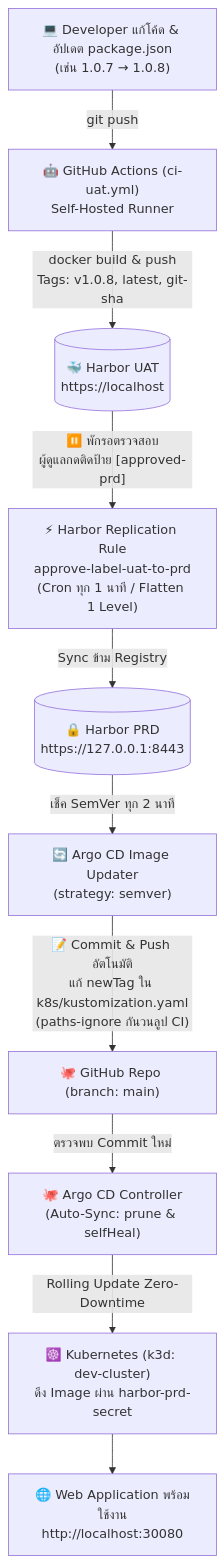
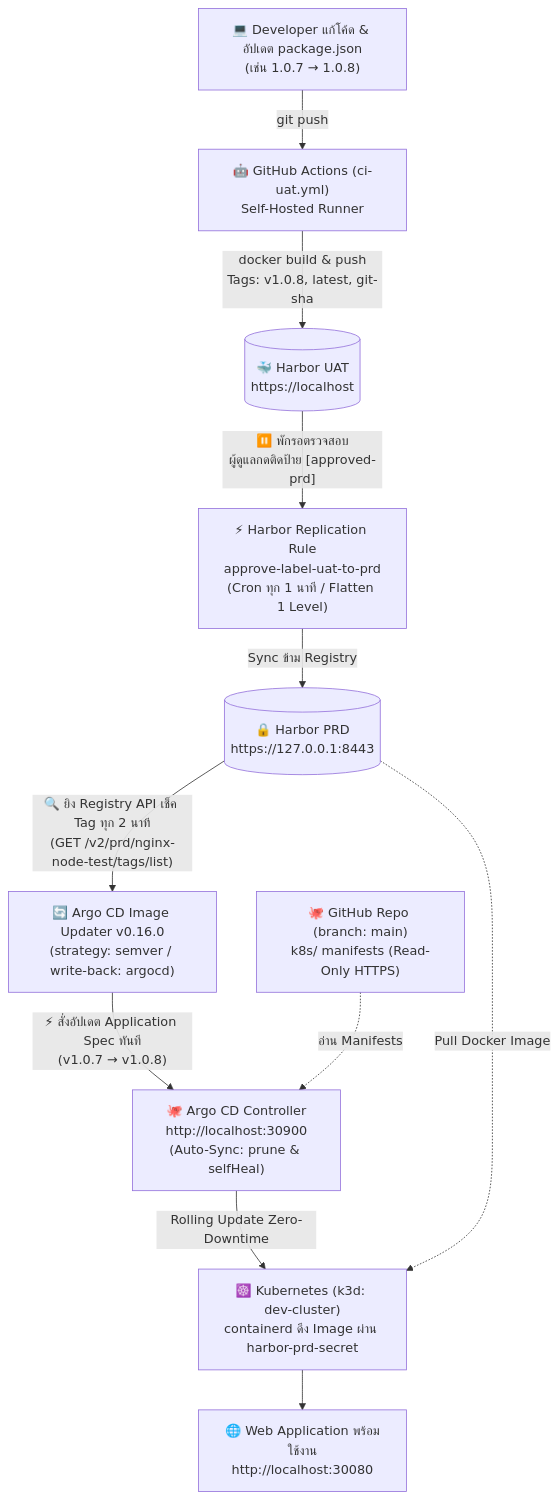
One commit to latthapholss/nginx-node-test changed the diagram in docs/ARGOCD_GITOPS_GUIDE.md. Above: the diagram before and after it, drawn with Mermaid. The commit also changed other lines of this file, not shown here.

Commit message:
docs: expand Argo CD GitOps guide with deep-dive mechanics, strategies, Rancher, and E2E test results [skip ci]

````diff
--- a/docs/ARGOCD_GITOPS_GUIDE.md
+++ b/docs/ARGOCD_GITOPS_GUIDE.md
@@ -9,12 +9,13 @@
 ```mermaid
 flowchart TD
     A["💻 Developer แก้โค้ด & อัปเดต package.json<br/>(เช่น 1.0.7 → 1.0.8)"] -->|git push| B["🤖 GitHub Actions (ci-uat.yml)<br/>Self-Hosted Runner"]
     B -->|docker build & push<br/>Tags: v1.0.8, latest, git-sha| C[("🐳 Harbor UAT<br/>https://localhost")]
     C -->|"⏸️ พักรอตรวจสอบ<br/>ผู้ดูแลกดติดป้าย [approved-prd]"| D["⚡ Harbor Replication Rule<br/>approve-label-uat-to-prd<br/>(Cron ทุก 1 นาที / Flatten 1 Level)"]
     D -->|Sync ข้าม Registry| E[("🔒 Harbor PRD<br/>https://127.0.0.1:8443")]
-    E -->|เช็ค SemVer ทุก 2 นาที| F["🔄 Argo CD Image Updater<br/>(strategy: semver)"]
-    F -->|"📝 Commit & Push อัตโนมัติ<br/>แก้ newTag ใน k8s/kustomization.yaml<br/>(paths-ignore กันวนลูป CI)"| G["🐙 GitHub Repo (branch: main)"]
-    G -->|ตรวจพบ Commit ใหม่| H["🐙 Argo CD Controller<br/>(Auto-Sync: prune & selfHeal)"]
-    H -->|Rolling Update Zero-Downtime| I["☸️ Kubernetes (k3d: dev-cluster)<br/>ดึง Image ผ่าน harbor-prd-secret"]
+    E -->|"🔍 ยิง Registry API เช็ค Tag ทุก 2 นาที<br/>(GET /v2/prd/nginx-node-test/tags/list)"| F["🔄 Argo CD Image Updater v0.16.0<br/>(strategy: semver / write-back: argocd)"]
+    F -->|"⚡ สั่งอัปเดต Application Spec ทันที<br/>(v1.0.7 → v1.0.8)"| G["🐙 Argo CD Controller<br/>http://localhost:30900<br/>(Auto-Sync: prune & selfHeal)"]
+    H["🐙 GitHub Repo (branch: main)<br/>k8s/ manifests (Read-Only HTTPS)"] -.->|อ่าน Manifests| G
+    G -->|Rolling Update Zero-Downtime| I["☸️ Kubernetes (k3d: dev-cluster)<br/>containerd ดึง Image ผ่าน harbor-prd-secret"]
+    E -.->|Pull Docker Image| I
     I --> J["🌐 Web Application พร้อมใช้งาน<br/>http://localhost:30080"]
 ```
````
